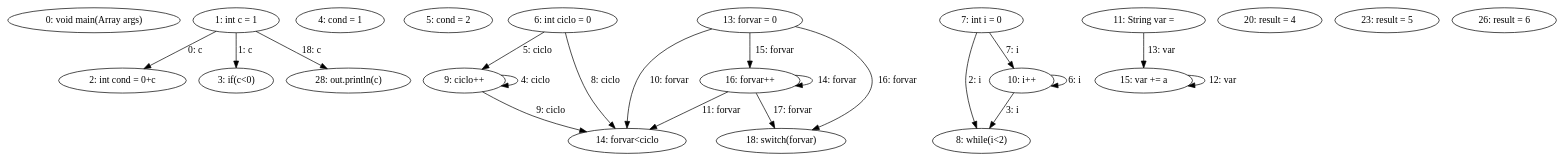
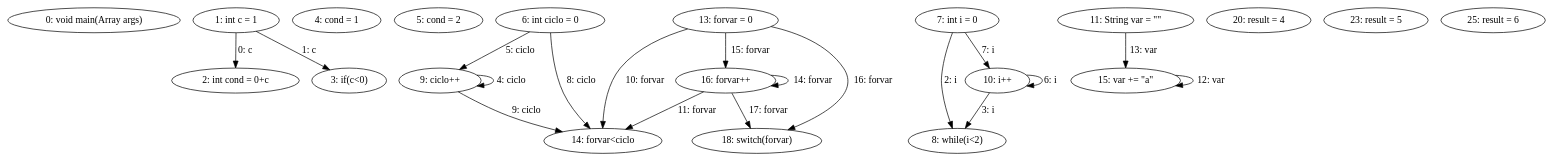
The diagram in export/ast2_dfg.dot (DominguesGM/comp_astanalyze), drawn with Graphviz before and after one commit. The commit also changed 15 other files, not shown here.

```diff
--- a/export/ast2_dfg.dot
+++ b/export/ast2_dfg.dot
@@ -1,42 +1,40 @@
 digraph G {
   1 [ label="0: void main(Array args)" ];
   2 [ label="1: int c = 1" ];
   3 [ label="2: int cond = 0+c" ];
   4 [ label="3: if(c<0)" ];
   5 [ label="4: cond = 1" ];
   6 [ label="5: cond = 2" ];
   7 [ label="6: int ciclo = 0" ];
   8 [ label="7: int i = 0" ];
   9 [ label="8: while(i<2)" ];
   10 [ label="9: ciclo++" ];
   11 [ label="10: i++" ];
-  12 [ label="11: String var = " ];
+  12 [ label="11: String var = \"\"" ];
   13 [ label="13: forvar = 0" ];
   14 [ label="14: forvar<ciclo" ];
-  15 [ label="15: var += a" ];
+  15 [ label="15: var += \"a\"" ];
   16 [ label="16: forvar++" ];
   17 [ label="18: switch(forvar)" ];
   18 [ label="20: result = 4" ];
   19 [ label="23: result = 5" ];
-  20 [ label="26: result = 6" ];
-  21 [ label="28: out.println(c)" ];
+  20 [ label="25: result = 6" ];
   2 -> 3 [ label="0: c" ];
   2 -> 4 [ label="1: c" ];
   8 -> 9 [ label="2: i" ];
   11 -> 9 [ label="3: i" ];
   10 -> 10 [ label="4: ciclo" ];
   7 -> 10 [ label="5: ciclo" ];
   11 -> 11 [ label="6: i" ];
   8 -> 11 [ label="7: i" ];
   7 -> 14 [ label="8: ciclo" ];
   10 -> 14 [ label="9: ciclo" ];
   13 -> 14 [ label="10: forvar" ];
   16 -> 14 [ label="11: forvar" ];
   15 -> 15 [ label="12: var" ];
   12 -> 15 [ label="13: var" ];
   16 -> 16 [ label="14: forvar" ];
   13 -> 16 [ label="15: forvar" ];
   13 -> 17 [ label="16: forvar" ];
   16 -> 17 [ label="17: forvar" ];
-  2 -> 21 [ label="18: c" ];
 }
```
